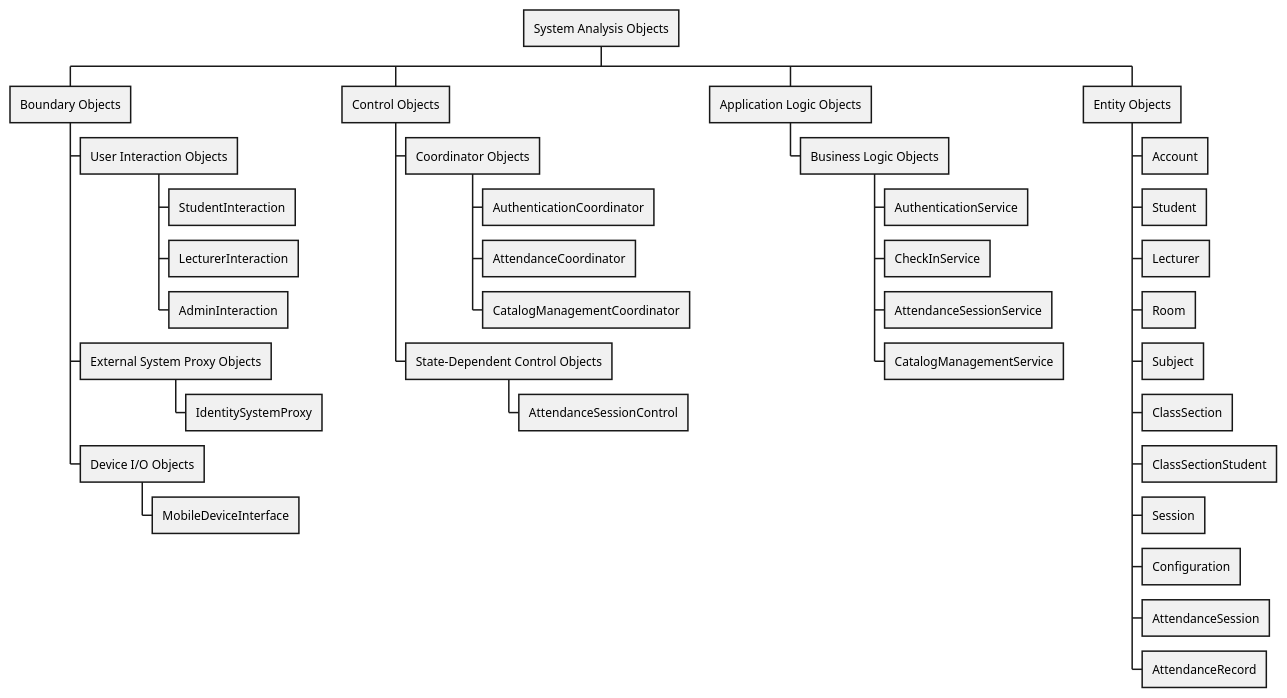
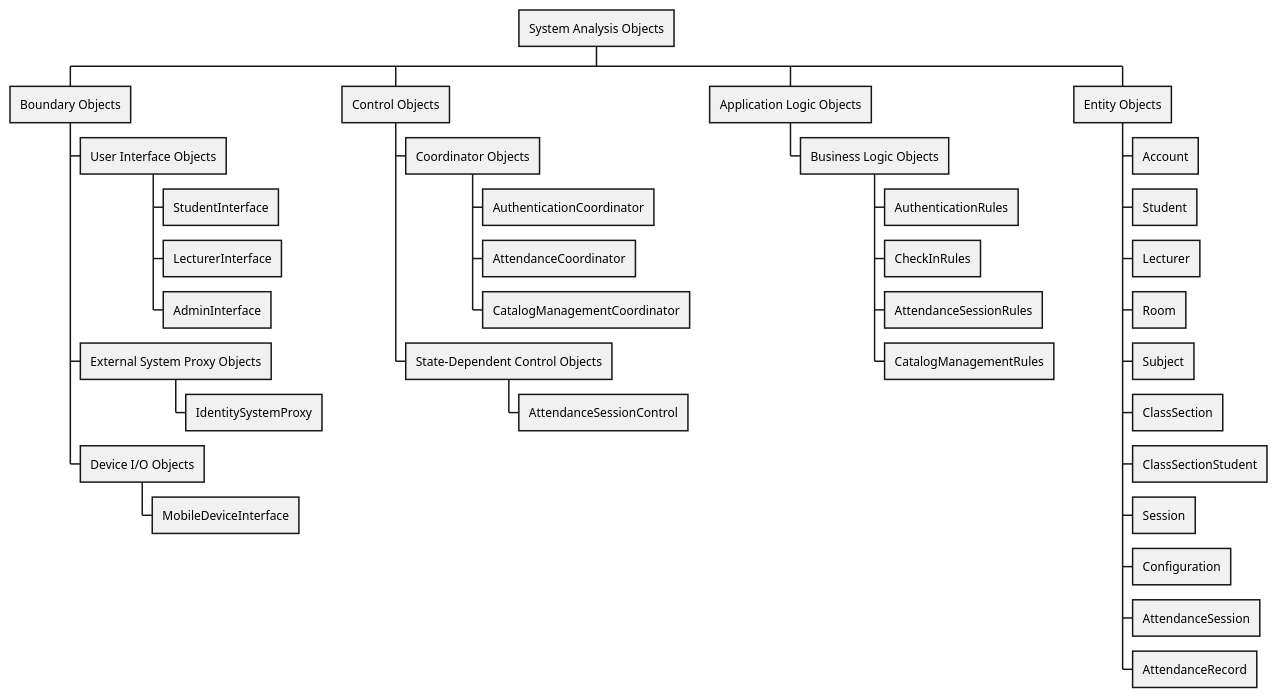
One commit to nttung42/SWD392 changed the third of 26 diagrams in docs/rds/2_Analysis.md. Above: the diagram before and after it, drawn with PlantUML. The commit also changed other lines of this file and 1 other file, not shown here.

````diff
--- a/docs/rds/2_Analysis.md
+++ b/docs/rds/2_Analysis.md
@@ -180,39 +180,39 @@
 ```plantuml
 @startwbs
 * System Analysis Objects
 ** Boundary Objects
-*** User Interaction Objects
-**** StudentInteraction
-**** LecturerInteraction
-**** AdminInteraction
+*** User Interface Objects
+**** StudentInterface
+**** LecturerInterface
+**** AdminInterface
 *** External System Proxy Objects
 **** IdentitySystemProxy
 *** Device I/O Objects
 **** MobileDeviceInterface
 ** Control Objects
 *** Coordinator Objects
 **** AuthenticationCoordinator
 **** AttendanceCoordinator
 **** CatalogManagementCoordinator
 *** State-Dependent Control Objects
 **** AttendanceSessionControl
 ** Application Logic Objects
 *** Business Logic Objects
-**** AuthenticationService
-**** CheckInService
-**** AttendanceSessionService
-**** CatalogManagementService
+**** AuthenticationRules
+**** CheckInRules
+**** AttendanceSessionRules
+**** CatalogManagementRules
 ** Entity Objects
 *** Account
 *** Student
 *** Lecturer
 *** Room
 *** Subject
 *** ClassSection
 *** ClassSectionStudent
 *** Session
 *** Configuration
 *** AttendanceSession
 *** AttendanceRecord
 @endwbs
 ```
````
